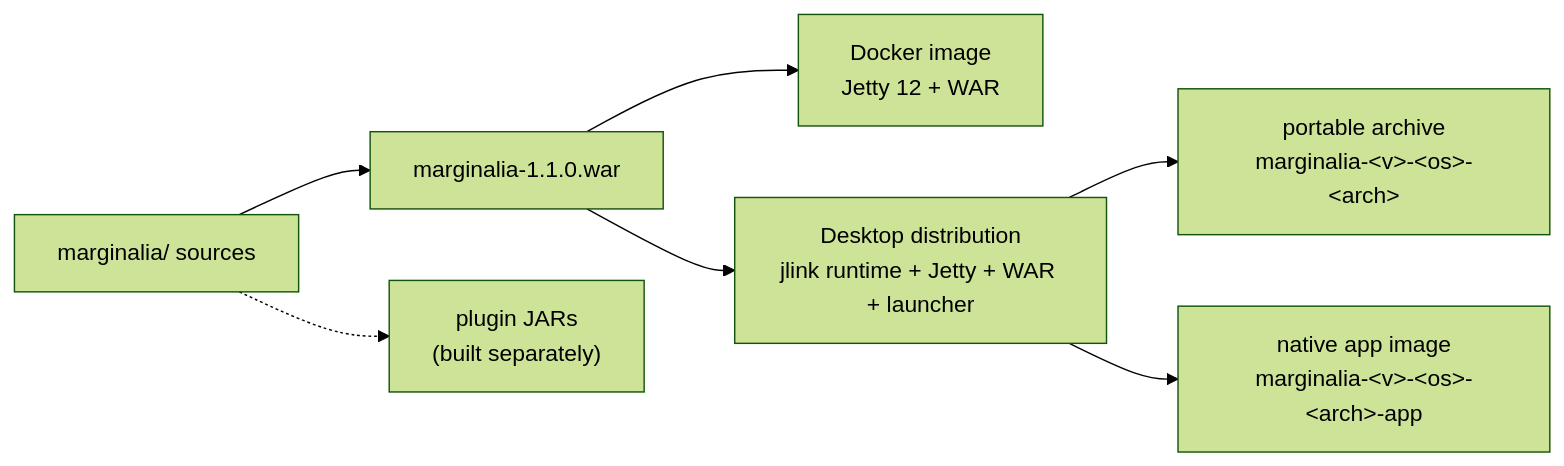
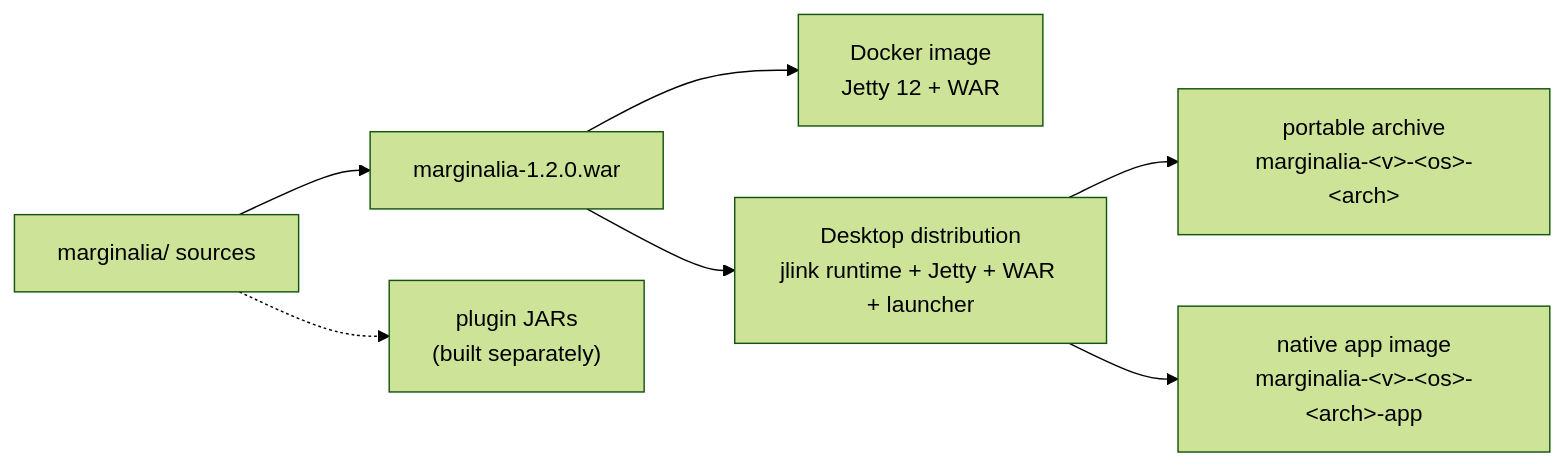
One commit to Enerccio/Marginalia changed the first of 3 diagrams in manual/developer/packaging.md. Above: the diagram before and after it, drawn with Mermaid (forest theme). The commit also changed other lines of this file and 19 other files, not shown here.

````diff
--- a/manual/developer/packaging.md
+++ b/manual/developer/packaging.md
@@ -26,9 +26,9 @@
 ```mermaid
 flowchart LR
-    src["marginalia/ sources"] --> war["marginalia-1.1.0.war"]
+    src["marginalia/ sources"] --> war["marginalia-1.2.0.war"]
     war --> docker["Docker image<br/>Jetty 12 + WAR"]
     war --> desktop["Desktop distribution<br/>jlink runtime + Jetty + WAR + launcher"]
     desktop --> portable["portable archive<br/>marginalia-&lt;v&gt;-&lt;os&gt;-&lt;arch&gt;"]
     desktop --> appimage["native app image<br/>marginalia-&lt;v&gt;-&lt;os&gt;-&lt;arch&gt;-app"]
     src -.-> plugins["plugin JARs<br/>(built separately)"]
 ```
````
